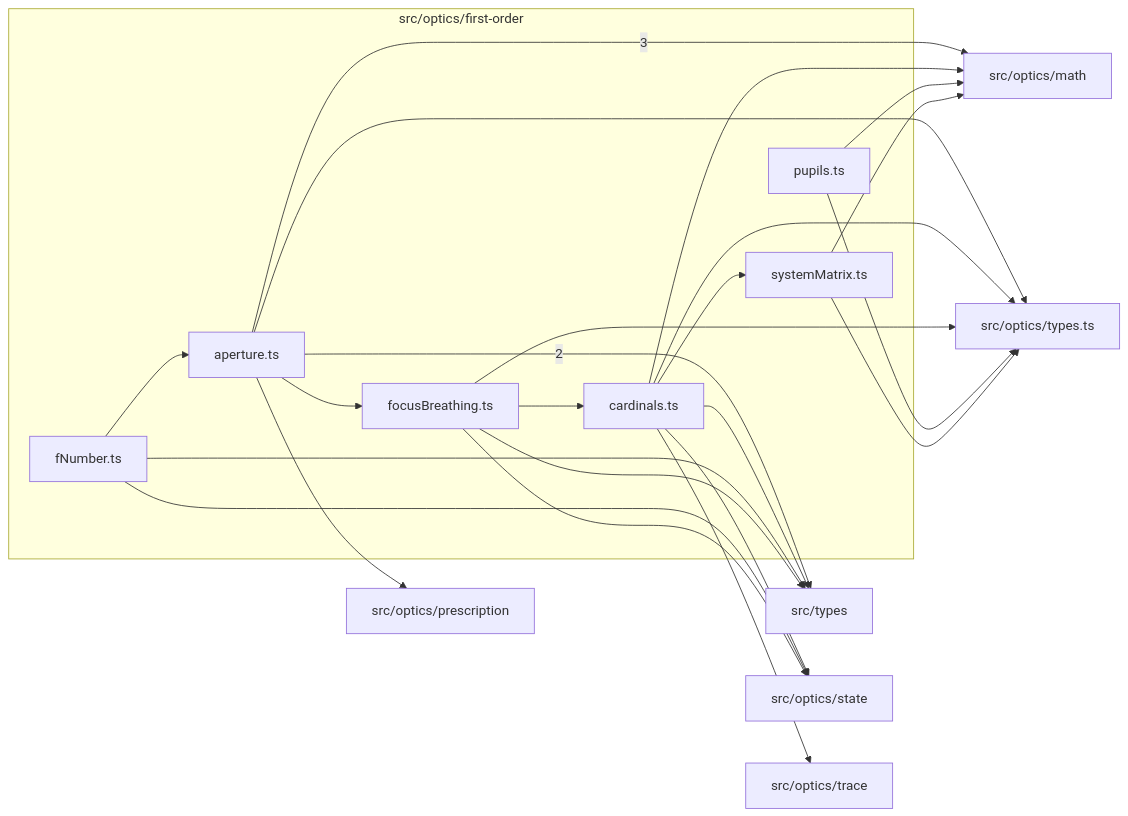
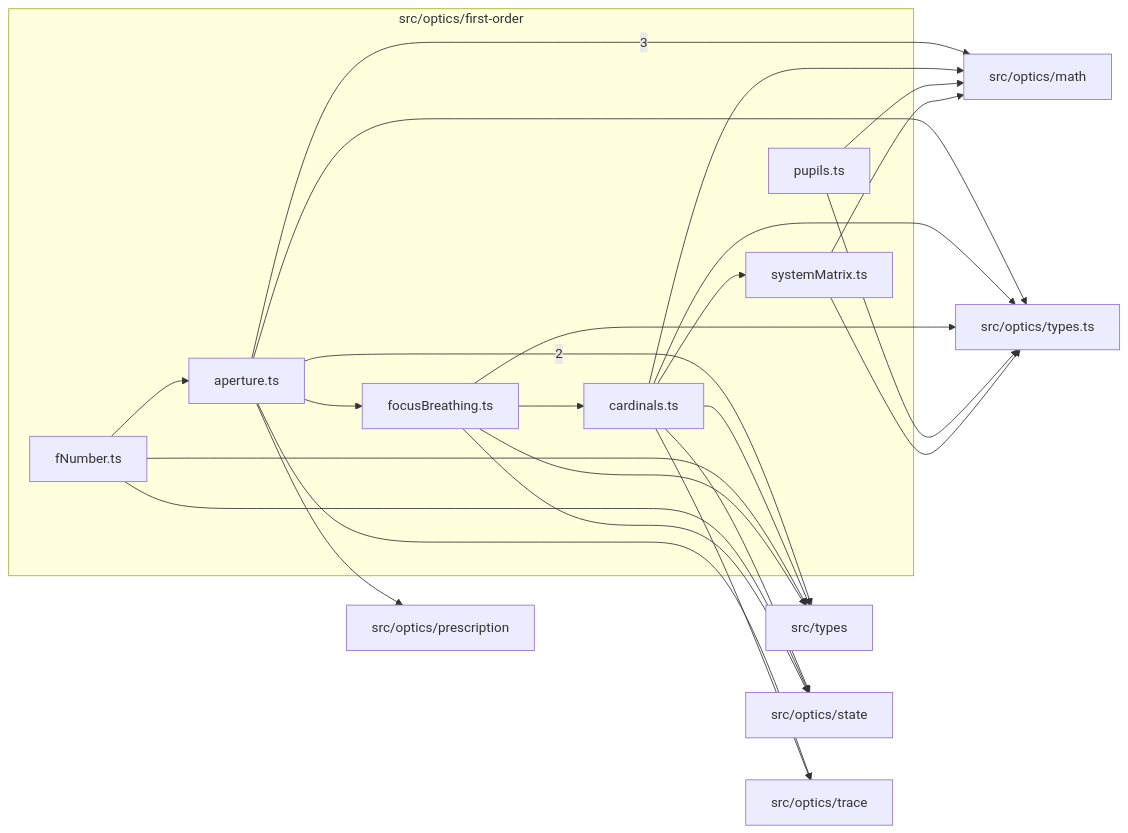
One commit to ronbuening/LensVisualizer changed the diagram in src/optics/first-order/readme.md. Above: the diagram before and after it, drawn with Mermaid. The commit also changed other lines of this file and 31 other files, not shown here.

````diff
--- a/src/optics/first-order/readme.md
+++ b/src/optics/first-order/readme.md
@@ -9,39 +9,40 @@
 ```mermaid
 flowchart LR
   subgraph n_src_optics_first_order["src/optics/first-order"]
     n_src_optics_first_order_src_optics_first_order_aperture_ts["aperture.ts"]
     n_src_optics_first_order_src_optics_first_order_cardinals_ts["cardinals.ts"]
     n_src_optics_first_order_src_optics_first_order_fNumber_ts["fNumber.ts"]
     n_src_optics_first_order_src_optics_first_order_focusBreathing_ts["focusBreathing.ts"]
     n_src_optics_first_order_src_optics_first_order_pupils_ts["pupils.ts"]
     n_src_optics_first_order_src_optics_first_order_systemMatrix_ts["systemMatrix.ts"]
   end
   n_external_src_optics_math["src/optics/math"]
   n_external_src_types["src/types"]
   n_external_src_optics_prescription["src/optics/prescription"]
   n_external_src_optics_state["src/optics/state"]
   n_external_src_optics_trace["src/optics/trace"]
   n_external_src_optics_types_ts["src/optics/types.ts"]
   n_src_optics_first_order_src_optics_first_order_aperture_ts --> |3| n_external_src_optics_math
   n_src_optics_first_order_src_optics_first_order_aperture_ts --> |2| n_external_src_types
   n_src_optics_first_order_src_optics_first_order_cardinals_ts --> n_external_src_optics_math
   n_src_optics_first_order_src_optics_first_order_pupils_ts --> n_external_src_optics_math
   n_src_optics_first_order_src_optics_first_order_systemMatrix_ts --> n_external_src_optics_math
   n_src_optics_first_order_src_optics_first_order_aperture_ts --> n_external_src_optics_prescription
   n_src_optics_first_order_src_optics_first_order_cardinals_ts --> n_external_src_optics_state
   n_src_optics_first_order_src_optics_first_order_fNumber_ts --> n_external_src_optics_state
   n_src_optics_first_order_src_optics_first_order_focusBreathing_ts --> n_external_src_optics_state
+  n_src_optics_first_order_src_optics_first_order_aperture_ts --> n_external_src_optics_trace
   n_src_optics_first_order_src_optics_first_order_cardinals_ts --> n_external_src_optics_trace
   n_src_optics_first_order_src_optics_first_order_aperture_ts --> n_external_src_optics_types_ts
   n_src_optics_first_order_src_optics_first_order_cardinals_ts --> n_external_src_optics_types_ts
   n_src_optics_first_order_src_optics_first_order_focusBreathing_ts --> n_external_src_optics_types_ts
   n_src_optics_first_order_src_optics_first_order_pupils_ts --> n_external_src_optics_types_ts
   n_src_optics_first_order_src_optics_first_order_systemMatrix_ts --> n_external_src_optics_types_ts
   n_src_optics_first_order_src_optics_first_order_cardinals_ts --> n_external_src_types
   n_src_optics_first_order_src_optics_first_order_fNumber_ts --> n_external_src_types
   n_src_optics_first_order_src_optics_first_order_focusBreathing_ts --> n_external_src_types
   n_src_optics_first_order_src_optics_first_order_fNumber_ts --> n_src_optics_first_order_src_optics_first_order_aperture_ts
   n_src_optics_first_order_src_optics_first_order_focusBreathing_ts --> n_src_optics_first_order_src_optics_first_order_cardinals_ts
   n_src_optics_first_order_src_optics_first_order_aperture_ts --> n_src_optics_first_order_src_optics_first_order_focusBreathing_ts
   n_src_optics_first_order_src_optics_first_order_cardinals_ts --> n_src_optics_first_order_src_optics_first_order_systemMatrix_ts
 ```
````
